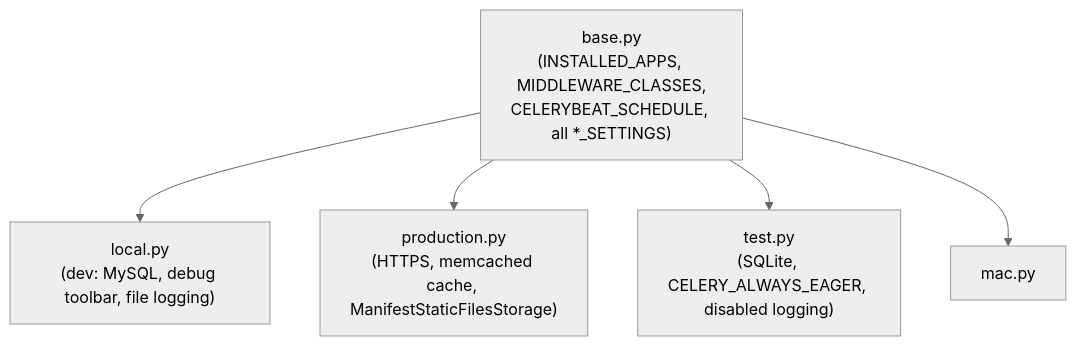
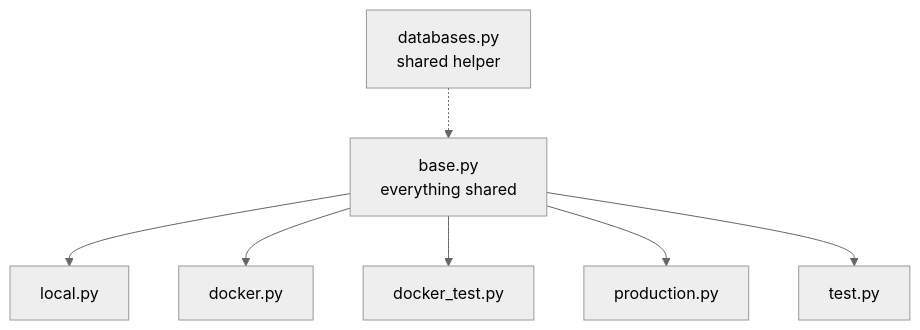
The fourth of 4 diagrams in .agents/summary/architecture.md (gremmie/sg101), drawn with Mermaid (neutral theme) before and after one commit. The commit also changed other lines of this file and 9 other files, not shown here.

````diff
--- a/.agents/summary/architecture.md
+++ b/.agents/summary/architecture.md
@@ -31,8 +76,9 @@
 ```mermaid
 graph TD
-    base["base.py<br/>(INSTALLED_APPS, MIDDLEWARE_CLASSES,<br/>CELERYBEAT_SCHEDULE, all *_SETTINGS)"]
-    base --> local["local.py<br/>(dev: MySQL, debug toolbar, file logging)"]
-    base --> production["production.py<br/>(HTTPS, memcached cache, ManifestStaticFilesStorage)"]
-    base --> test["test.py<br/>(SQLite, CELERY_ALWAYS_EAGER, disabled logging)"]
-    base --> mac["mac.py"]
+    BASE[base.py<br/>everything shared] --> LOCAL[local.py]
+    BASE --> DOCKER[docker.py]
+    BASE --> DTEST[docker_test.py]
+    BASE --> PROD[production.py]
+    BASE --> TEST[test.py]
+    DBH[databases.py<br/>shared helper] -.-> BASE
 ```
````
